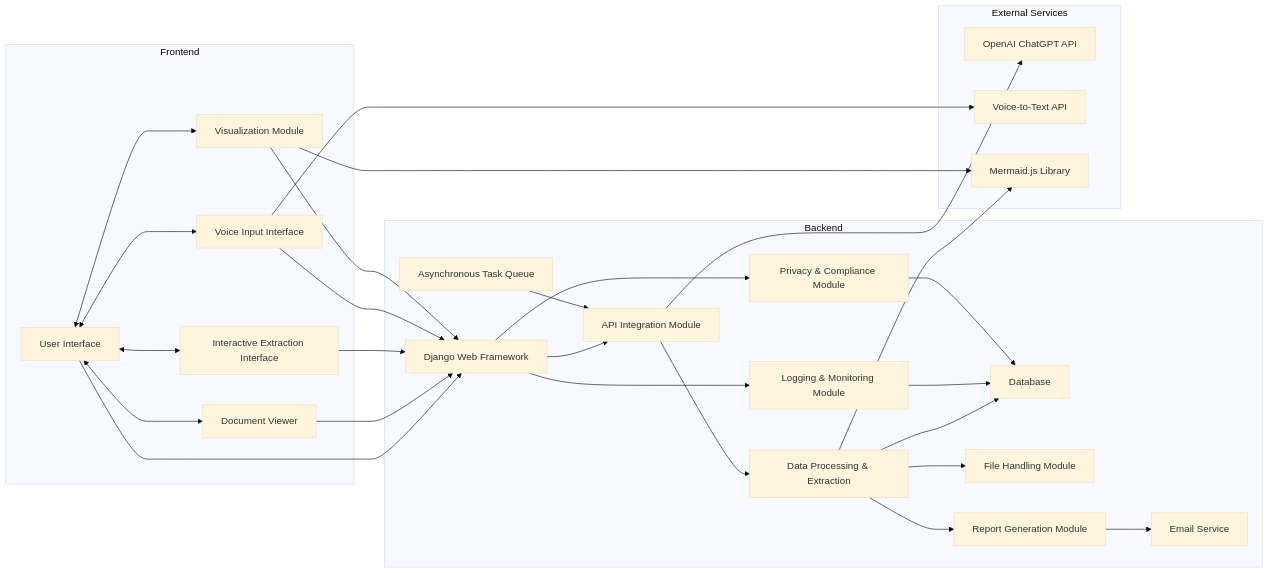
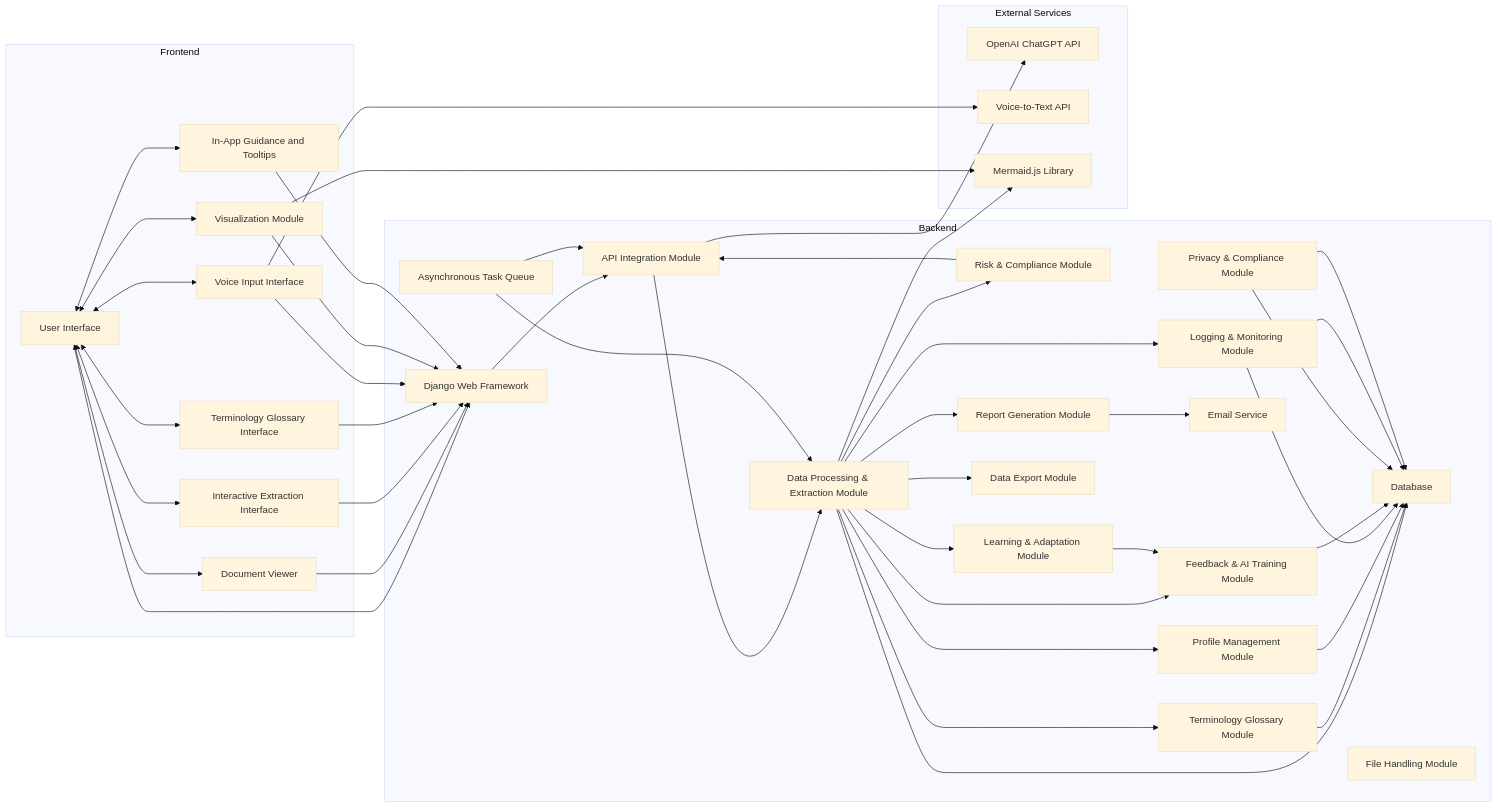
The diagram in system-architecture.mermaid (backyMacky/smztus), drawn with Mermaid (base theme) before and after one commit.

```diff
--- a/system-architecture.mermaid
+++ b/system-architecture.mermaid
@@ -1,61 +1,85 @@
 graph LR
     subgraph Frontend
         A1[User Interface]
         A2[Document Viewer]
         A3[Interactive Extraction Interface]
-        A4[Voice Input Interface]
-        A5[Visualization Module]
+        A4[Terminology Glossary Interface]
+        A5[Voice Input Interface]
+        A6[Visualization Module]
+        A7[In-App Guidance and Tooltips]
     end
 
     subgraph Backend
         B1[Django Web Framework]
         B2[API Integration Module]
-        B3[Data Processing & Extraction]
-        B4[Asynchronous Task Queue]
-        B5[Database]
-        B6[File Handling Module]
-        B7[Report Generation Module]
-        B8[Email Service]
-        B9[Logging & Monitoring Module]
-        B10[Privacy & Compliance Module]
+        B3[Data Processing & Extraction Module]
+        B4[Risk & Compliance Module]
+        B5[Learning & Adaptation Module]
+        B6[Terminology Glossary Module]
+        B7[Profile Management Module]
+        B8[Asynchronous Task Queue]
+        B9[Database]
+        B10[File Handling Module]
+        B11[Report Generation Module]
+        B12[Data Export Module]
+        B13[Email Service]
+        B14[Logging & Monitoring Module]
+        B15[Feedback & AI Training Module]
+        B16[Privacy & Compliance Module]
     end
 
     subgraph External Services
         C1[OpenAI ChatGPT API]
         C2[Voice-to-Text API]
         C3[Mermaid.js Library]
     end
 
     %% Frontend Interactions
     A1 <---> A2
     A1 <---> A3
     A1 <---> A4
     A1 <---> A5
+    A1 <---> A6
+    A1 <---> A7
 
     %% Frontend to Backend
     A1 --> B1
     A2 --> B1
     A3 --> B1
     A4 --> B1
     A5 --> B1
+    A6 --> B1
+    A7 --> B1
 
     %% Backend Components Interaction
     B1 --> B2
     B2 --> C1
     B4 --> B2
     B2 --> B3
+    B3 --> B4
     B3 --> B5
     B3 --> B6
     B3 --> B7
-    B7 --> B8
-    B1 --> B9
-    B1 --> B10
+    B3 --> B9
+    B3 --> B11
+    B3 --> B12
+    B3 --> B14
+    B3 --> B15
+    B5 --> B15
+    B6 --> B9
+    B7 --> B9
+    B8 --> B2
+    B8 --> B3
+    B11 --> B13
+    B14 --> B9
+    B15 --> B9
+    B16 --> B9
 
     %% External Services
-    A4 --> C2
+    A5 --> C2
     B3 --> C3
-    A5 --> C3
+    A6 --> C3
 
     %% Logging and Compliance
-    B9 --> B5
-    B10 --> B5
+    B14 --> B9
+    B16 --> B9
```
